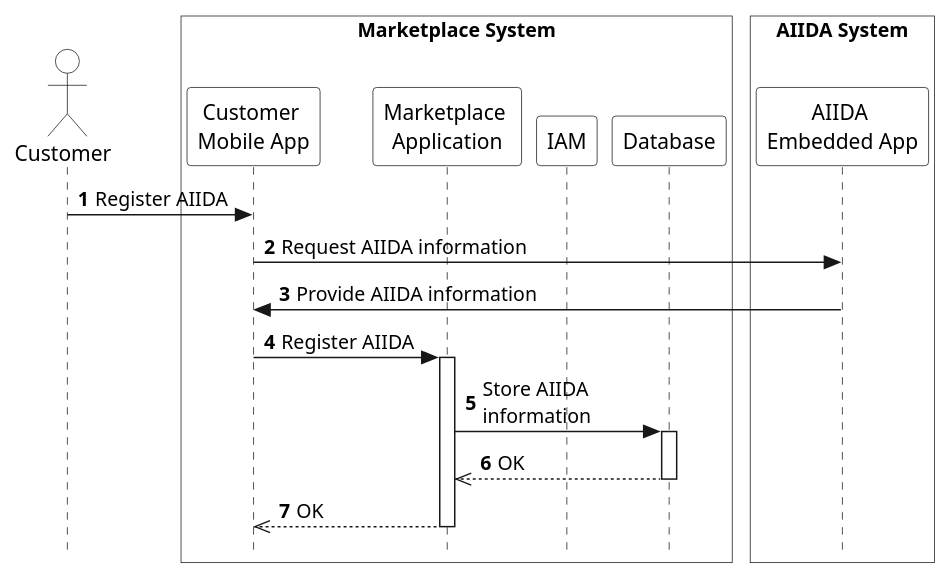
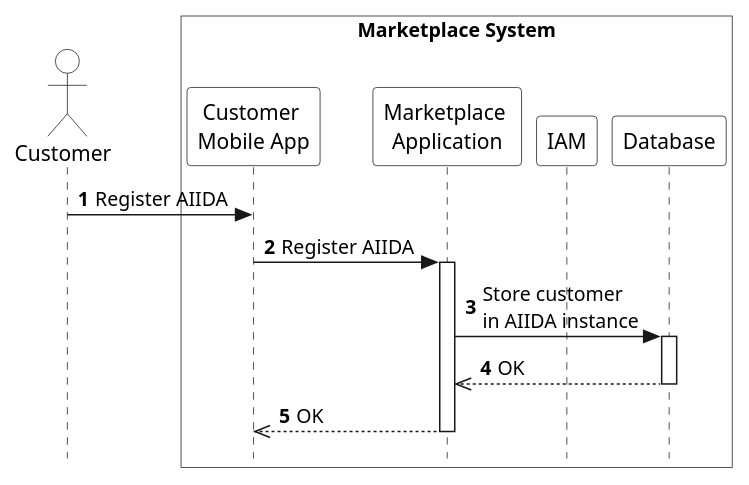
The diagram in arc42/marketplace/runtime-view/figures/marketplace-register-aiida.puml (eddie-energy/architecture), drawn with PlantUML before and after one commit. The commit also changed 8 other files, not shown here.

```diff
--- a/arc42/marketplace/runtime-view/figures/marketplace-register-aiida.puml
+++ b/arc42/marketplace/runtime-view/figures/marketplace-register-aiida.puml
@@ -1,40 +1,34 @@
 @startuml marketplace-register-aiida
 
 skinparam style strictuml
 skinparam sequence {
   ParticipantBackgroundColor transparent
   ActorBackgroundColor transparent
 }
 
 autonumber
 !pragma teoz true
 
 actor "Customer" as customer
 box "Marketplace System" #transparent
   participant "Customer \nMobile App" as app
   participant "Marketplace \nApplication" as marketplace
   participant "IAM" as iam
   participant "Database" as database
 end box
 
-box "AIIDA System" #transparent
-  participant "AIIDA \nEmbedded App" as aiida
-end box
-
 customer -> app : Register AIIDA
-app -> aiida : Request AIIDA information
-aiida -> app : Provide AIIDA information
 app -> marketplace : Register AIIDA
 activate marketplace
-marketplace -> database : Store AIIDA \ninformation
+marketplace -> database : Store customer \nin AIIDA instance
 activate database
 database -->> marketplace : OK
 deactivate database
 marketplace -->> app : OK
 deactivate marketplace
 
 
 
 
 
 @enduml
```
